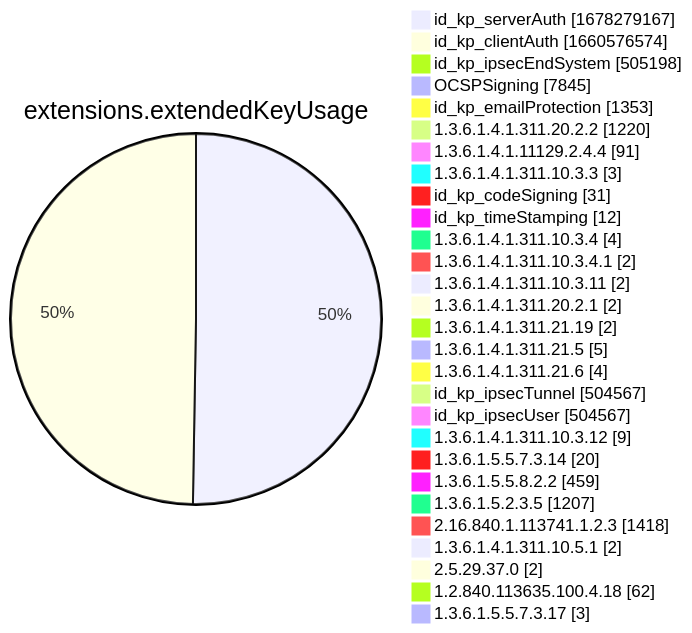
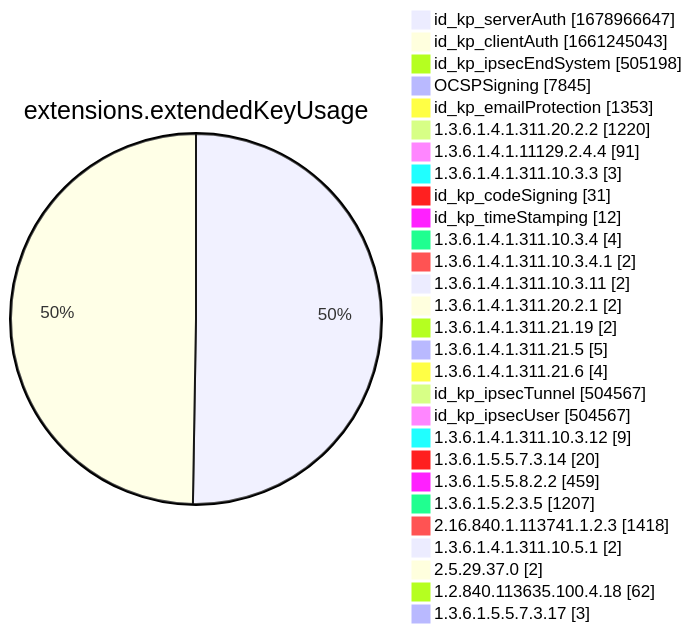
Diagram 12 of 15 in xenon2022/README.md (christiankrug/ctmonitor_visualization), drawn with Mermaid before and after one commit. The commit also changed other lines of this file, not shown here.

````diff
--- a/xenon2022/README.md
+++ b/xenon2022/README.md
@@ -3888,32 +3888,32 @@
 ```mermaid
 pie showData
 title extensions.extendedKeyUsage
-"id_kp_serverAuth" :1678279167
-"id_kp_clientAuth" :1660576574
+"id_kp_serverAuth" :1678966647
+"id_kp_clientAuth" :1661245043
 "id_kp_ipsecEndSystem" :505198
 "OCSPSigning" :7845
 "id_kp_emailProtection" :1353
 "1.3.6.1.4.1.311.20.2.2" :1220
 "1.3.6.1.4.1.11129.2.4.4" :91
 "1.3.6.1.4.1.311.10.3.3" :3
 "id_kp_codeSigning" :31
 "id_kp_timeStamping" :12
 "1.3.6.1.4.1.311.10.3.4" :4
 "1.3.6.1.4.1.311.10.3.4.1" :2
 "1.3.6.1.4.1.311.10.3.11" :2
 "1.3.6.1.4.1.311.20.2.1" :2
 "1.3.6.1.4.1.311.21.19" :2
 "1.3.6.1.4.1.311.21.5" :5
 "1.3.6.1.4.1.311.21.6" :4
 "id_kp_ipsecTunnel" :504567
 "id_kp_ipsecUser" :504567
 "1.3.6.1.4.1.311.10.3.12" :9
 "1.3.6.1.5.5.7.3.14" :20
 "1.3.6.1.5.5.8.2.2" :459
 "1.3.6.1.5.2.3.5" :1207
 "2.16.840.1.113741.1.2.3" :1418
 "1.3.6.1.4.1.311.10.5.1" :2
 "2.5.29.37.0" :2
 "1.2.840.113635.100.4.18" :62
 "1.3.6.1.5.5.7.3.17" :3
 ```
````
